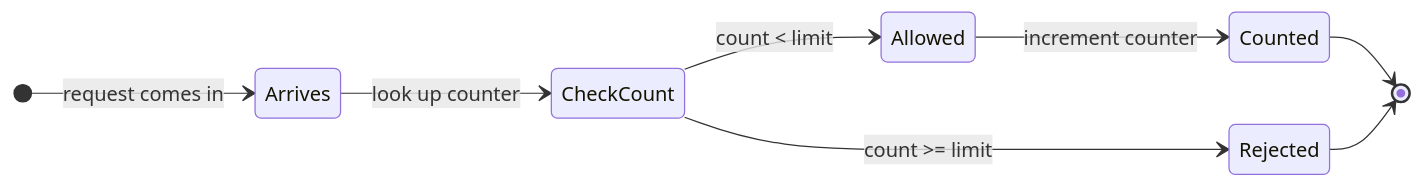
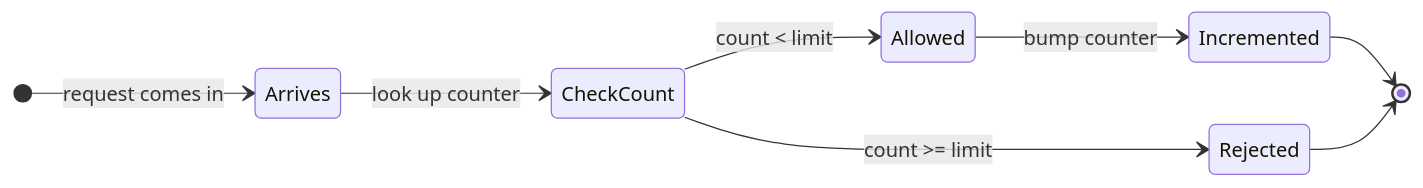
One commit to shiningflash/system-design changed the first of 12 diagrams in problems/004-rate-limiter/question.md. Above: the diagram before and after it, drawn with Mermaid. The commit also changed other lines of this file and 37 other files, not shown here.

````diff
--- a/problems/004-rate-limiter/question.md
+++ b/problems/004-rate-limiter/question.md
@@ -36,11 +32,11 @@
 ```mermaid
 stateDiagram-v2
     direction LR
     [*] --> Arrives: request comes in
     Arrives --> CheckCount: look up counter
     CheckCount --> Allowed: count < limit
     CheckCount --> Rejected: count >= limit
-    Allowed --> Counted: increment counter
-    Counted --> [*]
+    Allowed --> Incremented: bump counter
+    Incremented --> [*]
     Rejected --> [*]
 ```
````
